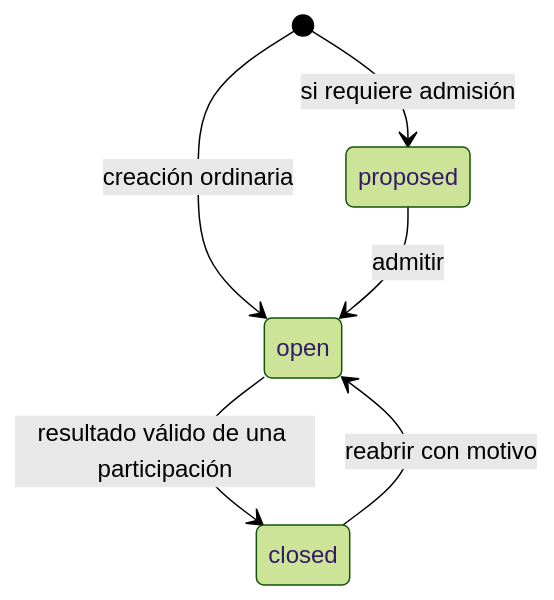
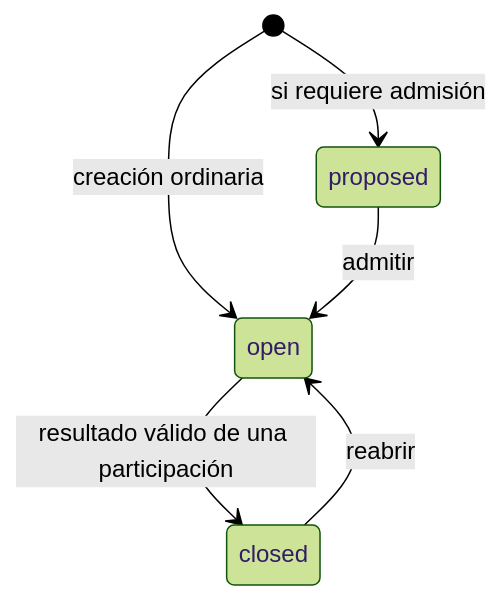
Before and after one commit to oyale/odoo-meetings-minutes: the fourth of 6 diagrams in docs/MODELO_TECNICO.md, drawn with Mermaid (forest theme). The commit also changed other lines of this file, not shown here.

````diff
--- a/docs/MODELO_TECNICO.md
+++ b/docs/MODELO_TECNICO.md
@@ -80,8 +80,8 @@
 ```mermaid
 stateDiagram-v2
     [*] --> proposed: si requiere admisión
     [*] --> open: creación ordinaria
     proposed --> open: admitir
     open --> closed: resultado válido de una participación
-    closed --> open: reabrir con motivo
+    closed --> open: reabrir
 ```
````
